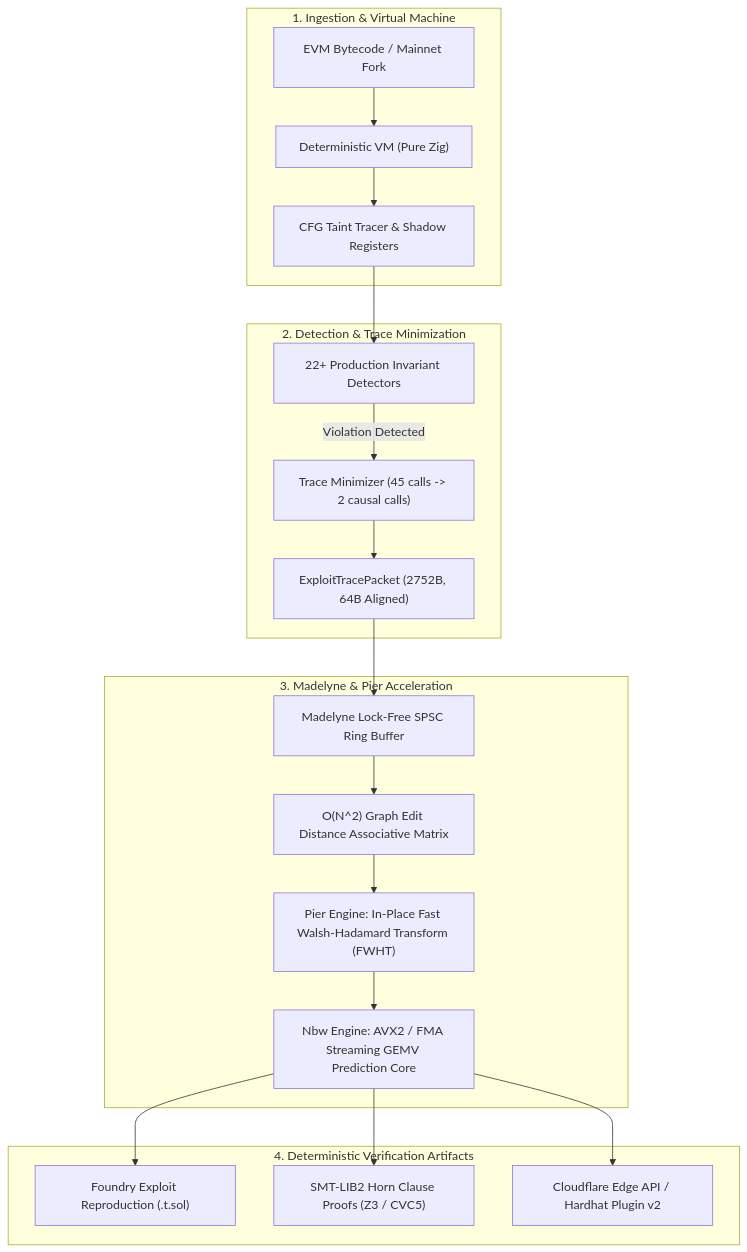
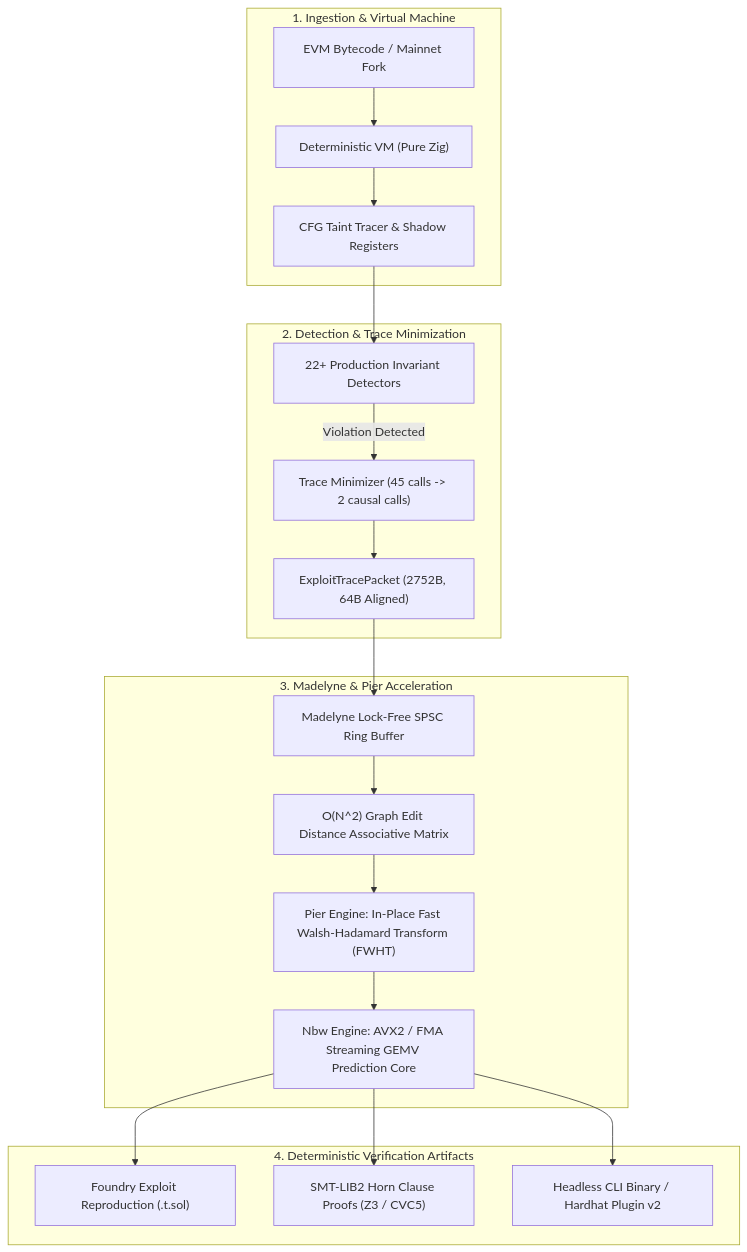
Before and after one commit to creatorofaurad/Roche: the first of 2 diagrams in README.md, drawn with Mermaid. The commit also changed other lines of this file and 5 other files, not shown here.

Commit message:
refactor: purge local API server bloat, solidify Roche as pure headless silicon engine

````diff
--- a/README.md
+++ b/README.md
@@ -25,26 +25,26 @@
 ```mermaid
 flowchart TD
     subgraph INGESTION["1. Ingestion & Virtual Machine"]
         A["EVM Bytecode / Mainnet Fork"] --> B["Deterministic VM (Pure Zig)"]
         B --> C["CFG Taint Tracer & Shadow Registers"]
     end
 
     subgraph DETECTORS["2. Detection & Trace Minimization"]
         C --> D["22+ Production Invariant Detectors"]
         D -->|Violation Detected| E["Trace Minimizer (45 calls -> 2 causal calls)"]
         E --> F["ExploitTracePacket (2752B, 64B Aligned)"]
     end
 
     subgraph MADELYNE_PIPELINE["3. Madelyne & Pier Acceleration"]
         F --> G["Madelyne Lock-Free SPSC Ring Buffer"]
         G --> H["O(N^2) Graph Edit Distance Associative Matrix"]
         H --> I["Pier Engine: In-Place Fast Walsh-Hadamard Transform (FWHT)"]
         I --> J["Nbw Engine: AVX2 / FMA Streaming GEMV Prediction Core"]
     end
 
     subgraph OUTPUTS["4. Deterministic Verification Artifacts"]
         J --> K["Foundry Exploit Reproduction (.t.sol)"]
         J --> L["SMT-LIB2 Horn Clause Proofs (Z3 / CVC5)"]
-        J --> M["Cloudflare Edge API / Hardhat Plugin v2"]
+        J --> M["Headless CLI Binary / Hardhat Plugin v2"]
     end
 ```
````
